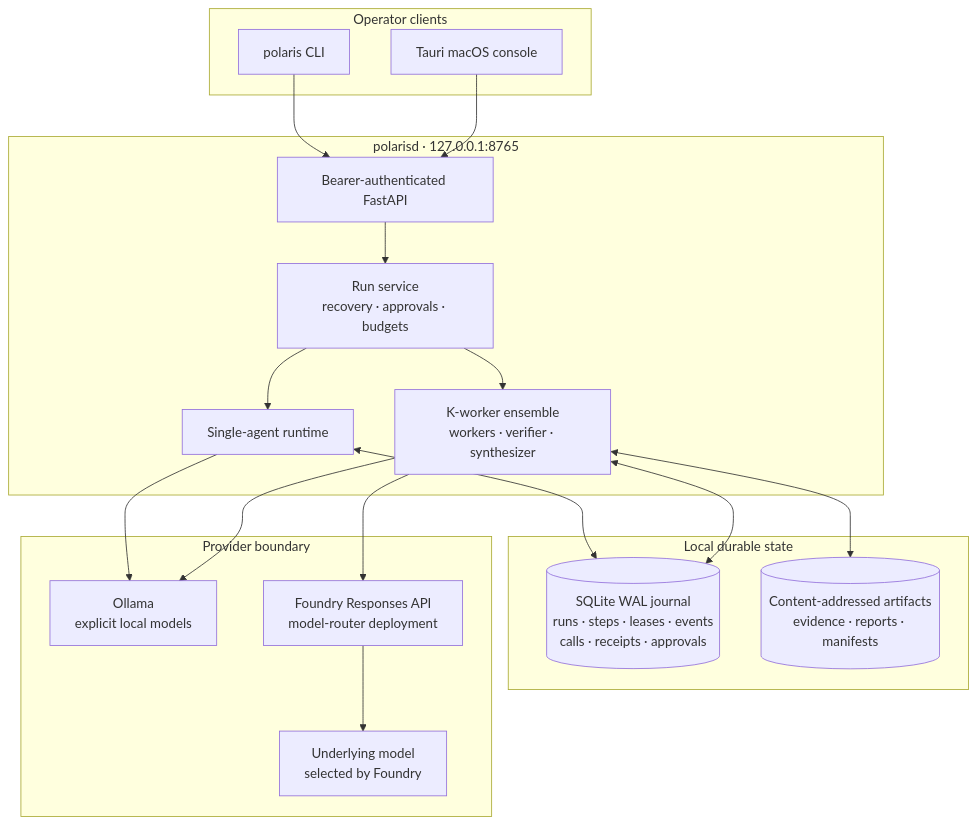
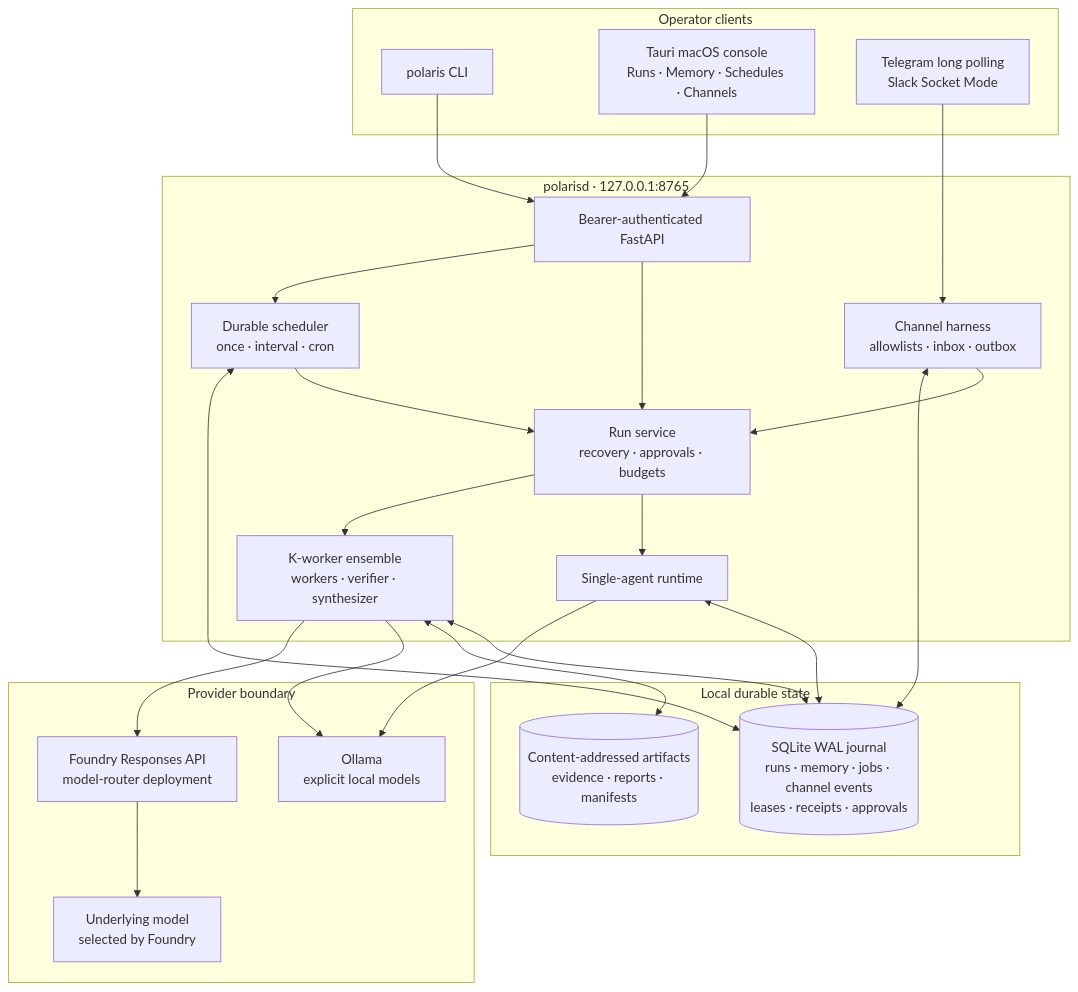
One commit to hyeonsangjeon/polaris-agent changed the first of 2 diagrams in docs/architecture.md. Above: the diagram before and after it, drawn with Mermaid. The commit also changed other lines of this file and 129 other files, not shown here.

First line of the commit message:
feat: add durable agent harness

````diff
--- a/docs/architecture.md
+++ b/docs/architecture.md
@@ -9,38 +11,47 @@
 ```mermaid
 flowchart TB
     subgraph Clients["Operator clients"]
         CLI["polaris CLI"]
-        UI["Tauri macOS console"]
+        UI["Tauri macOS console<br/>Runs · Memory · Schedules · Channels"]
+        Channels["Telegram long polling<br/>Slack Socket Mode"]
     end
 
     subgraph Daemon["polarisd · 127.0.0.1:8765"]
         API["Bearer-authenticated FastAPI"]
         Service["Run service<br/>recovery · approvals · budgets"]
         Single["Single-agent runtime"]
         Ensemble["K-worker ensemble<br/>workers · verifier · synthesizer"]
+        Scheduler["Durable scheduler<br/>once · interval · cron"]
+        ChannelHarness["Channel harness<br/>allowlists · inbox · outbox"]
     end
 
     subgraph Durable["Local durable state"]
-        Journal[("SQLite WAL journal<br/>runs · steps · leases · events<br/>calls · receipts · approvals")]
+        Journal[("SQLite WAL journal<br/>runs · memory · jobs · channel events<br/>leases · receipts · approvals")]
         Artifacts[("Content-addressed artifacts<br/>evidence · reports · manifests")]
     end
 
     subgraph Providers["Provider boundary"]
         Ollama["Ollama<br/>explicit local models"]
         Router["Foundry Responses API<br/>model-router deployment"]
         Routed["Underlying model<br/>selected by Foundry"]
     end
 
     CLI --> API
     UI --> API
+    Channels --> ChannelHarness
     API --> Service
+    API --> Scheduler
     Service --> Single
     Service --> Ensemble
+    Scheduler --> Service
+    ChannelHarness --> Service
+    ChannelHarness <--> Journal
+    Scheduler <--> Journal
     Single <--> Journal
     Ensemble <--> Journal
     Ensemble <--> Artifacts
     Single --> Ollama
     Ensemble --> Ollama
     Ensemble --> Router
     Router --> Routed
 ```
````
